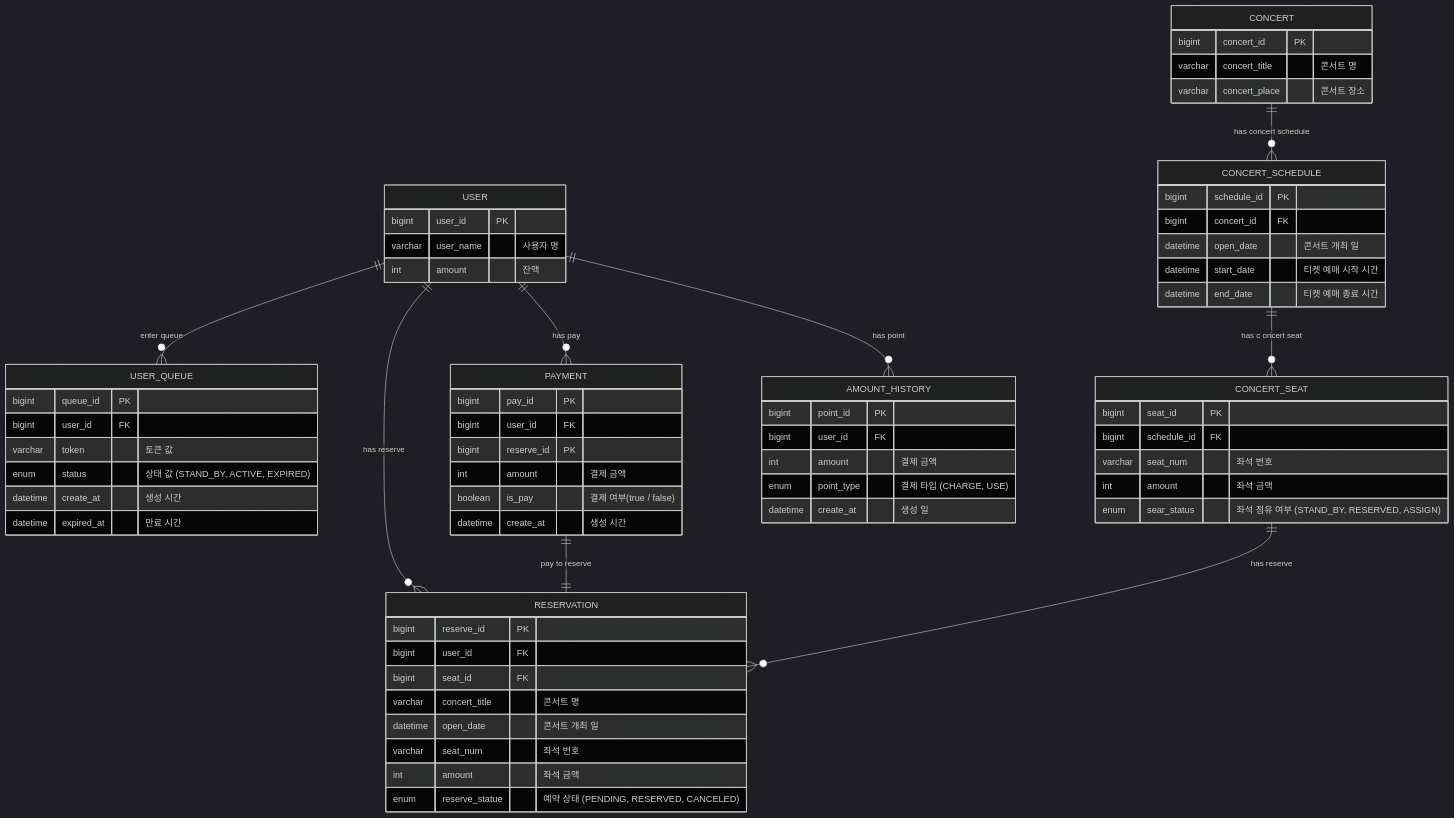
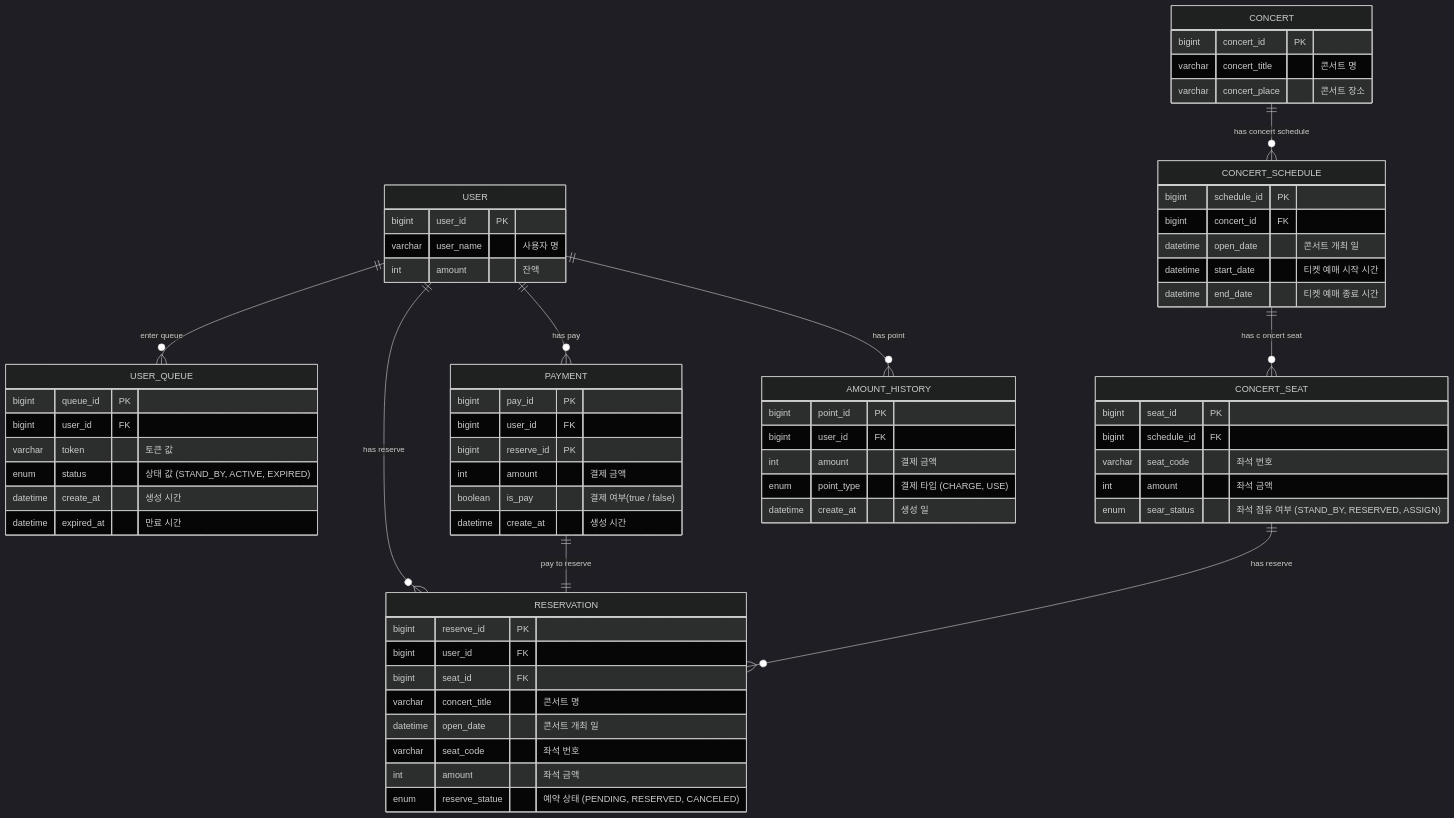
The diagram in docs/ERD.md (crimsorry/concert-service), drawn with Mermaid (dark theme) before and after one commit. The commit also changed 11 other files, not shown here.

Commit message:
[refactor] seatNum > seatCode 변경. 식별성 up

````diff
--- a/docs/ERD.md
+++ b/docs/ERD.md
@@ -3,69 +3,69 @@
 ```mermaid
 erDiagram
     USER {
         bigint user_id PK
         varchar user_name "사용자 명"
         int amount "잔액"
     }
     USER_QUEUE {
         bigint queue_id PK
         bigint user_id FK
         varchar token "토큰 값"
         enum status "상태 값 (STAND_BY, ACTIVE, EXPIRED)"
         datetime create_at "생성 시간"
         datetime expired_at "만료 시간"
     }
     CONCERT {
         bigint concert_id PK
         varchar concert_title "콘서트 명"
         varchar concert_place "콘서트 장소"
     }
     CONCERT_SCHEDULE {
         bigint schedule_id PK
         bigint concert_id FK
         datetime open_date "콘서트 개최 일"
         datetime start_date "티켓 예매 시작 시간"
         datetime end_date "티켓 예매 종료 시간"
     }
     CONCERT_SEAT {
         bigint seat_id PK
         bigint schedule_id FK
-        varchar seat_num "좌석 번호"
+        varchar seat_code "좌석 번호"
         int amount "좌석 금액"
         enum sear_status "좌석 점유 여부 (STAND_BY, RESERVED, ASSIGN)"
     }
     PAYMENT {
         bigint pay_id PK
         bigint user_id FK
         bigint reserve_id PK
         int amount "결제 금액"
         boolean is_pay "결제 여부(true / false)"
         datetime create_at "생성 시간"
     }
     RESERVATION {
         bigint reserve_id PK
         bigint user_id FK
         bigint seat_id FK
         varchar concert_title "콘서트 명"
         datetime open_date "콘서트 개최 일"
-        varchar seat_num "좌석 번호"
+        varchar seat_code "좌석 번호"
         int amount "좌석 금액"
         enum reserve_statue "예약 상태 (PENDING, RESERVED, CANCELED)"
     }
     AMOUNT_HISTORY {
         bigint point_id PK
         bigint user_id FK
         int amount "결제 금액"
        	enum point_type "결제 타입 (CHARGE, USE)"
         datetime create_at "생성 일"
     }
 	USER ||--o{ USER_QUEUE : "enter queue"
     USER ||--o{ PAYMENT : "has pay"
     USER ||--o{ RESERVATION : "has reserve"
     USER ||--o{ AMOUNT_HISTORY : "has point"
     CONCERT ||--o{ CONCERT_SCHEDULE : "has concert schedule"
     CONCERT_SCHEDULE ||--o{ CONCERT_SEAT : "has c oncert seat"
     PAYMENT ||--|| RESERVATION : "pay to reserve"
     CONCERT_SEAT ||--o{ RESERVATION : "has reserve"
     
 ```
````
